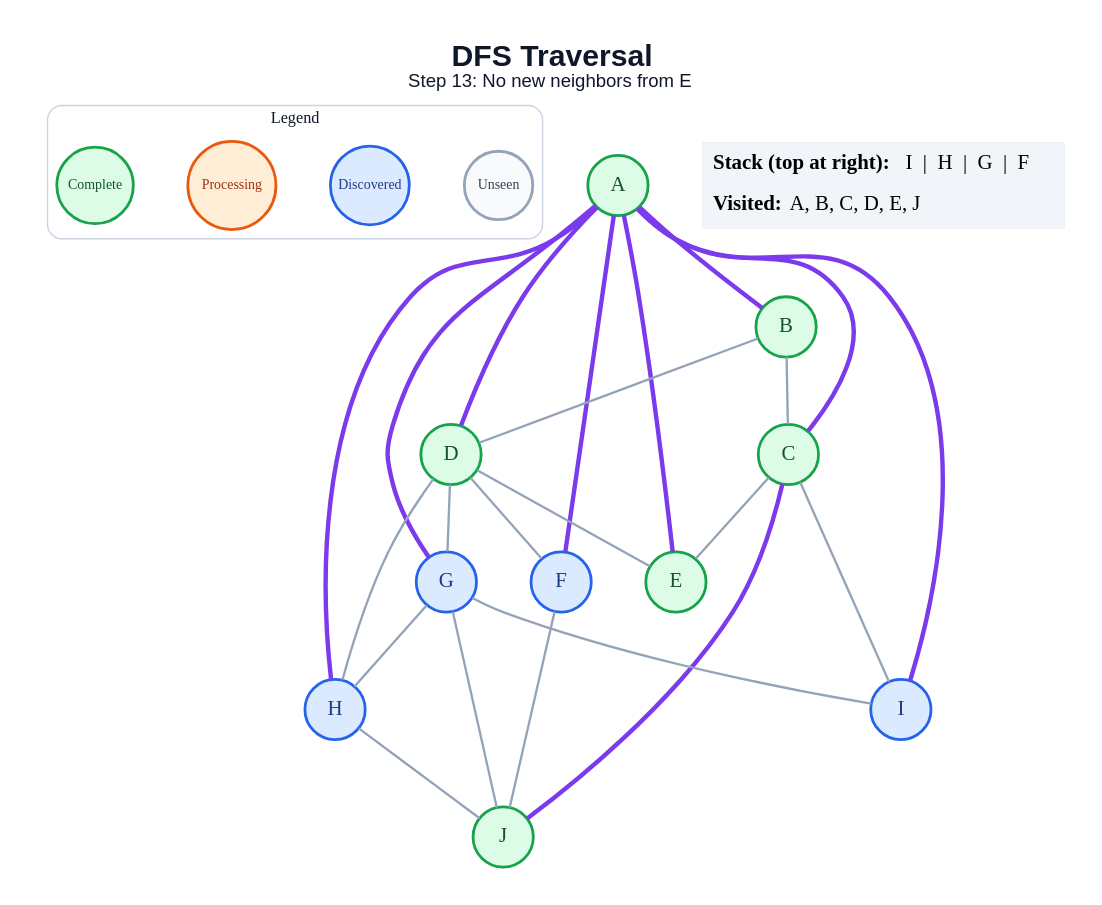
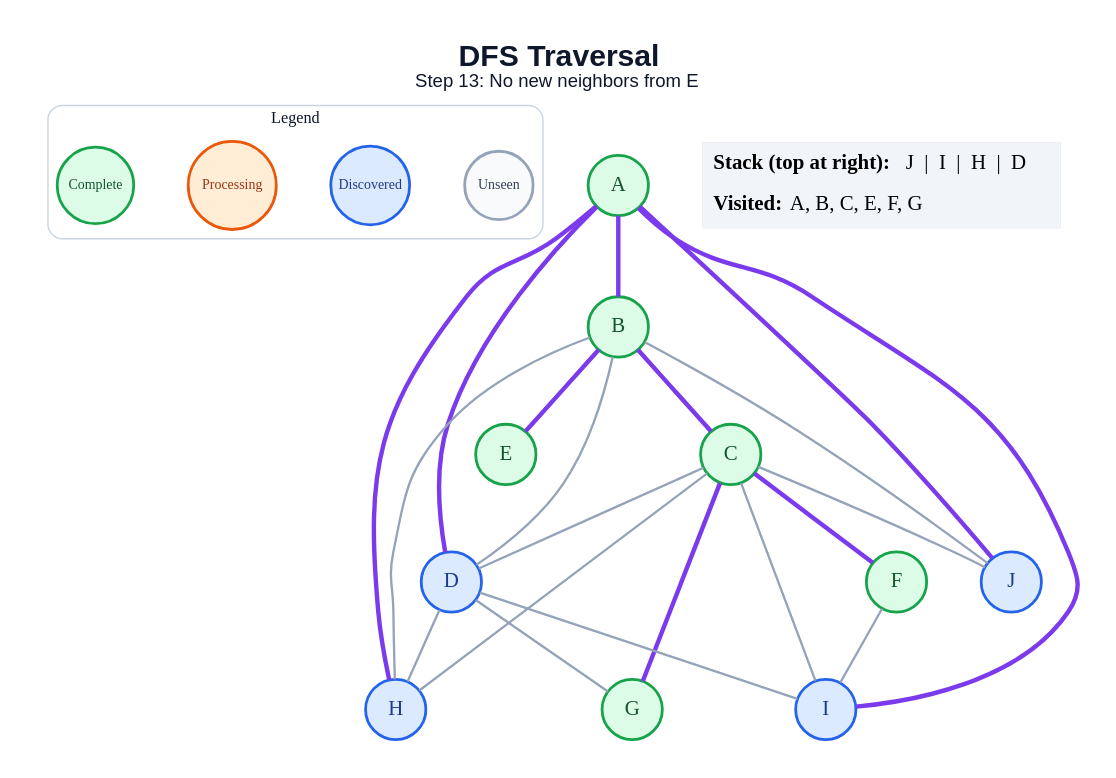
The diagram in generated/dfs/step_13.dot (amanghodawala9/ai-slop), drawn with Graphviz before and after one commit. The commit also changed 178 other files, not shown here.

```diff
--- a/generated/dfs/step_13.dot
+++ b/generated/dfs/step_13.dot
@@ -1,51 +1,49 @@
 graph traversal {
   graph [layout=dot, rankdir=TB, bgcolor="#FFFFFF", pad="0.35", nodesep="0.65", ranksep="0.8", fontname="Arial"];
   node [shape=circle, style="filled", fontname="Arial Bold", fontsize=18, width=0.72, fixedsize=true, penwidth=2.4];
   edge [color="#94A3B8", penwidth=2.0];
   label=<<B>DFS Traversal</B><BR/><FONT POINT-SIZE="16">Step 13: No new neighbors from E</FONT>>; labelloc="t"; fontsize=26; fontname="Arial"; fontcolor="#0F172A";
   subgraph cluster_legend { label="Legend"; color="#CBD5E1"; penwidth=1.2; style="rounded"; fontsize=14; fontname="Arial Bold";
     key_unseen [label="Unseen", fillcolor="#F8FAFC", color="#94A3B8", fontcolor="#334155", fontsize=12, width=0.82];
     key_frontier [label="Discovered", fillcolor="#DBEAFE", color="#2563EB", fontcolor="#1E3A8A", fontsize=12, width=0.95];
     key_current [label="Processing", fillcolor="#FFEDD5", color="#EA580C", fontcolor="#9A3412", fontsize=12, width=1.05];
     key_done [label="Complete", fillcolor="#DCFCE7", color="#16A34A", fontcolor="#14532D", fontsize=12, width=0.92];
     { rank=same; key_unseen; key_frontier; key_current; key_done; }
   }
   A [fillcolor="#DCFCE7", color="#16A34A", fontcolor="#14532D"];
   B [fillcolor="#DCFCE7", color="#16A34A", fontcolor="#14532D"];
   C [fillcolor="#DCFCE7", color="#16A34A", fontcolor="#14532D"];
-  D [fillcolor="#DCFCE7", color="#16A34A", fontcolor="#14532D"];
+  D [fillcolor="#DBEAFE", color="#2563EB", fontcolor="#1E3A8A"];
   E [fillcolor="#DCFCE7", color="#16A34A", fontcolor="#14532D"];
-  F [fillcolor="#DBEAFE", color="#2563EB", fontcolor="#1E3A8A"];
-  G [fillcolor="#DBEAFE", color="#2563EB", fontcolor="#1E3A8A"];
+  F [fillcolor="#DCFCE7", color="#16A34A", fontcolor="#14532D"];
+  G [fillcolor="#DCFCE7", color="#16A34A", fontcolor="#14532D"];
   H [fillcolor="#DBEAFE", color="#2563EB", fontcolor="#1E3A8A"];
   I [fillcolor="#DBEAFE", color="#2563EB", fontcolor="#1E3A8A"];
-  J [fillcolor="#DCFCE7", color="#16A34A", fontcolor="#14532D"];
+  J [fillcolor="#DBEAFE", color="#2563EB", fontcolor="#1E3A8A"];
   A -- B [color="#7C3AED", penwidth=3.8];
-  A -- C [color="#7C3AED", penwidth=3.8];
   A -- D [color="#7C3AED", penwidth=3.8];
-  A -- E [color="#7C3AED", penwidth=3.8];
-  A -- F [color="#7C3AED", penwidth=3.8];
-  A -- G [color="#7C3AED", penwidth=3.8];
   A -- H [color="#7C3AED", penwidth=3.8];
   A -- I [color="#7C3AED", penwidth=3.8];
-  B -- C;
+  A -- J [color="#7C3AED", penwidth=3.8];
+  B -- C [color="#7C3AED", penwidth=3.8];
   B -- D;
-  C -- E;
+  B -- E [color="#7C3AED", penwidth=3.8];
+  B -- H;
+  B -- J;
+  C -- D;
+  C -- F [color="#7C3AED", penwidth=3.8];
+  C -- G [color="#7C3AED", penwidth=3.8];
+  C -- H;
   C -- I;
-  C -- J [color="#7C3AED", penwidth=3.8];
-  D -- E;
-  D -- F;
+  C -- J;
   D -- G;
   D -- H;
-  F -- J;
-  G -- H;
-  G -- I;
-  G -- J;
-  H -- J;
+  D -- I;
+  F -- I;
   status [shape=plain, fixedsize=false, width=0, height=0, margin=0, label=<
     <TABLE BORDER="0" CELLBORDER="0" CELLPADDING="7" BGCOLOR="#F1F5F9">
-      <TR><TD ALIGN="LEFT"><B>Stack (top at right):</B> I  |  H  |  G  |  F</TD></TR>
-      <TR><TD ALIGN="LEFT"><B>Visited:</B> A, B, C, D, E, J</TD></TR>
+      <TR><TD ALIGN="LEFT"><B>Stack (top at right):</B> J  |  I  |  H  |  D</TD></TR>
+      <TR><TD ALIGN="LEFT"><B>Visited:</B> A, B, C, E, F, G</TD></TR>
     </TABLE>
   >];
 }
```
